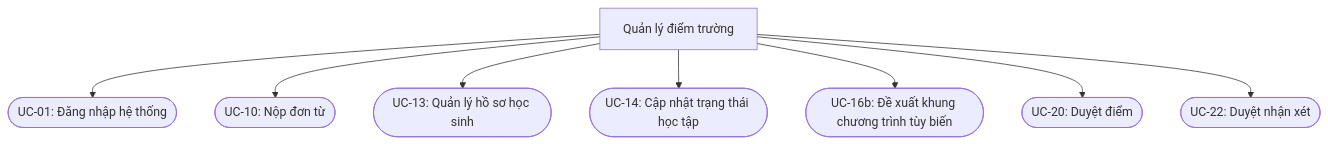
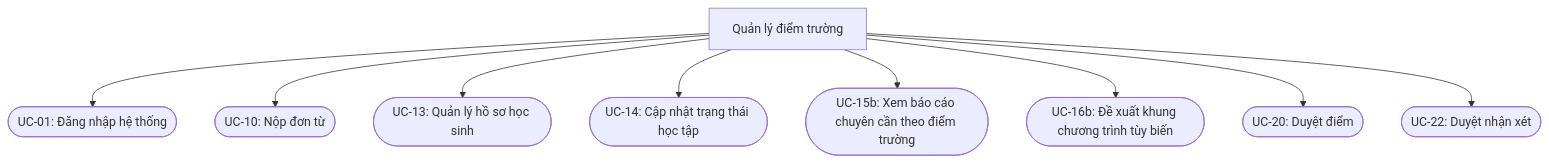
The diagram in docs/diagrams/usecase-actors/UseCase-QuanLyDiemTruong-Phan1.mmd (langtuananh2424/pps-education), drawn with Mermaid before and after one commit. The commit also changed 2 other files, not shown here.

Commit message:
docs(uc): bo sung UC-15b - Xem bao cao chuyen can theo diem truong
Mo rong ngoai SRS/SDD goc (xac nhan voi nguoi dung 2026-07-16): UC-15
goc chi co Giao vien la tac nhan, khong giao viec xem bao cao chuyen
can cho Quan ly diem truong. UC-15b bo sung dung 1 quyen xem (view-only,
loc theo (cac) diem truong dang phu trach), khong doi bat ky dieu gi o
UC-15 (Giao vien van la nguoi duy nhat diem danh/sua ban ghi).

```diff
--- a/docs/diagrams/usecase-actors/UseCase-QuanLyDiemTruong-Phan1.mmd
+++ b/docs/diagrams/usecase-actors/UseCase-QuanLyDiemTruong-Phan1.mmd
@@ -1,18 +1,20 @@
 graph TD
     QLDT[Quản lý điểm trường]
 
     UC01(["UC-01: Đăng nhập hệ thống"])
     UC10(["UC-10: Nộp đơn từ"])
     UC13(["UC-13: Quản lý hồ sơ học sinh"])
     UC14(["UC-14: Cập nhật trạng thái học tập"])
+    UC15b(["UC-15b: Xem báo cáo chuyên cần theo điểm trường"])
     UC16b(["UC-16b: Đề xuất khung chương trình tùy biến"])
     UC20(["UC-20: Duyệt điểm"])
     UC22(["UC-22: Duyệt nhận xét"])
 
     QLDT --> UC01
     QLDT --> UC10
     QLDT --> UC13
     QLDT --> UC14
+    QLDT --> UC15b
     QLDT --> UC16b
     QLDT --> UC20
     QLDT --> UC22
```
